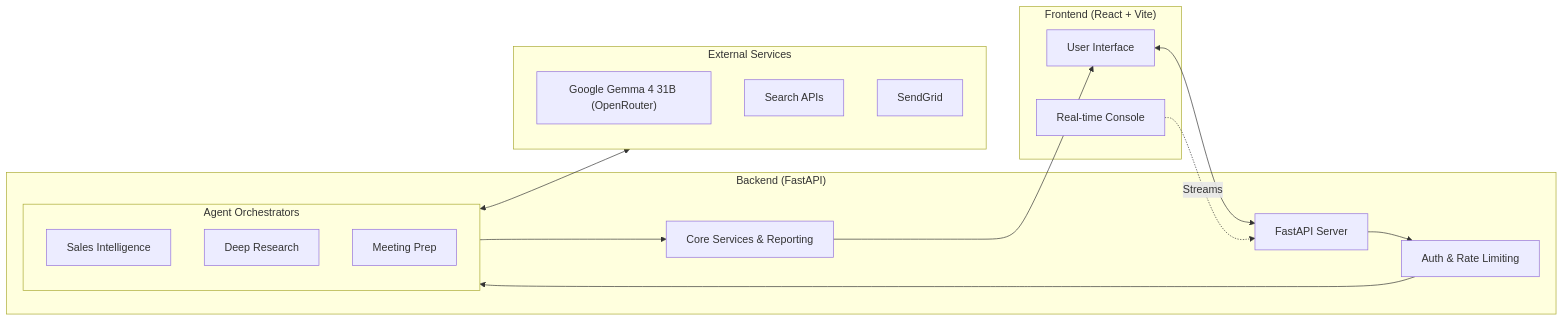
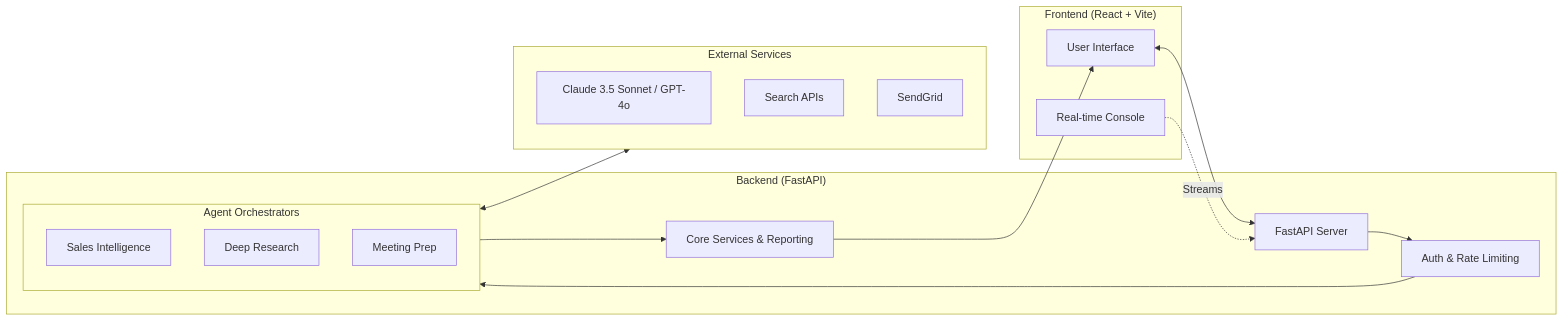
Before and after one commit to Samrude1/Agentsquad: the first of 5 diagrams in README.md, drawn with Mermaid. The commit also changed other lines of this file and 4 other files, not shown here.

Commit message:
feat: upgrade to paid OpenRouter models (Claude 3.5 Sonnet & GPT-4o) and remove free model warnings

````diff
--- a/README.md
+++ b/README.md
@@ -98,34 +95,34 @@
 ```mermaid
 graph LR
     subgraph Frontend ["Frontend (React + Vite)"]
         UI["User Interface"]
         Console["Real-time Console"]
     end
 
     subgraph Backend ["Backend (FastAPI)"]
         API["FastAPI Server"]
         Security["Auth & Rate Limiting"]
         
         subgraph Agents ["Agent Orchestrators"]
             Sales["Sales Intelligence"]
             Research["Deep Research"]
             Meeting["Meeting Prep"]
         end
         
         Services["Core Services & Reporting"]
     end
 
     subgraph External ["External Services"]
-        LLM["Google Gemma 4 31B (OpenRouter)"]
+        LLM["Claude 3.5 Sonnet / GPT-4o"]
         Search["Search APIs"]
         Email["SendGrid"]
     end
 
     UI <--> API
     API --> Security
     Security --> Agents
     Agents <--> External
     Agents --> Services
     Services --> UI
     Console -.->|Streams| API
 ```
````
